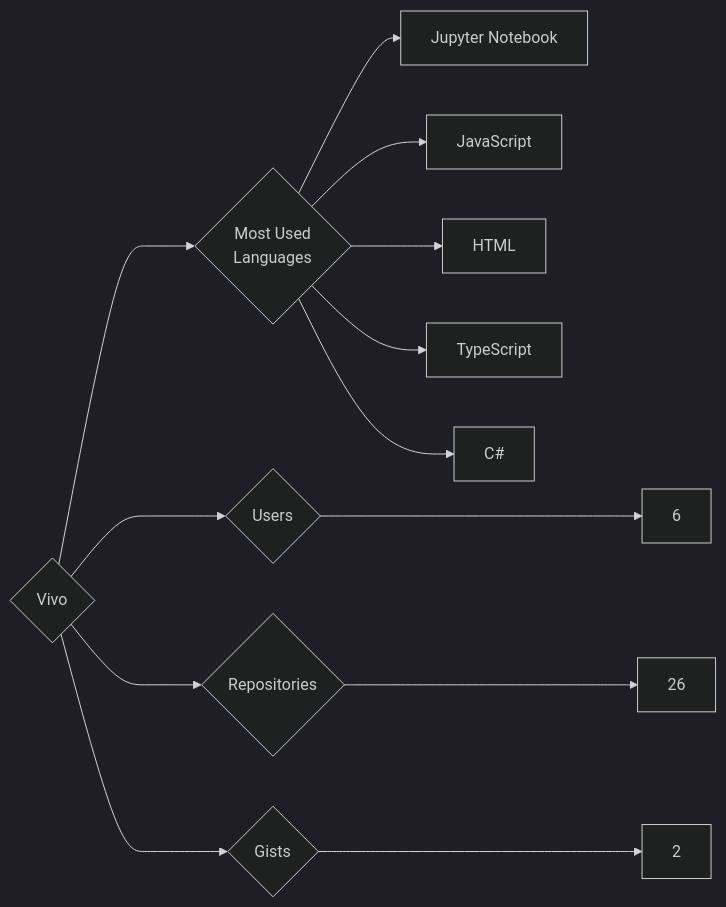
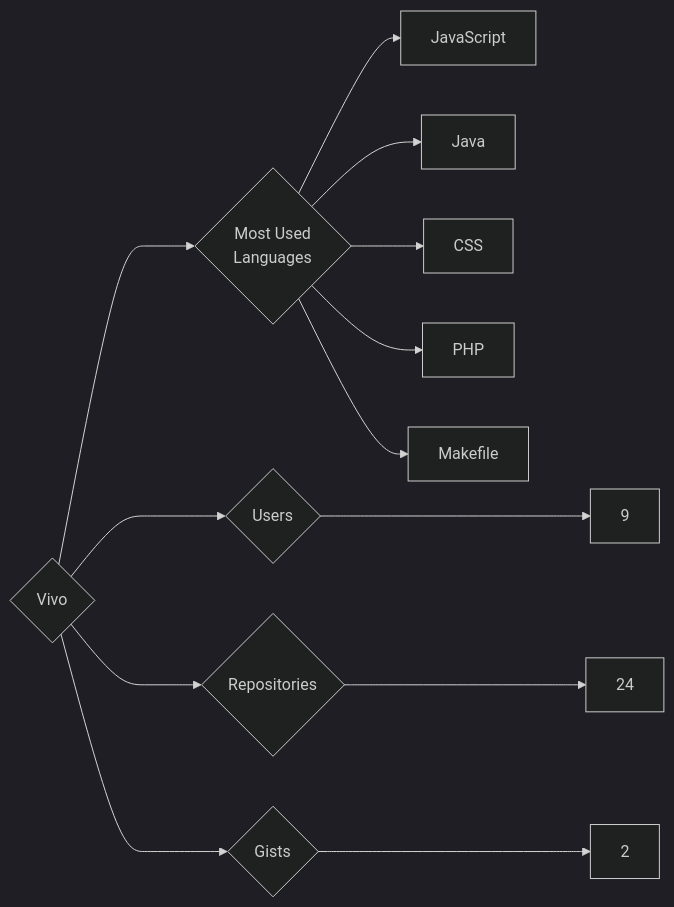
The diagram in targets/Vivo/README.md (trickest/insiders), drawn with Mermaid (dark theme) before and after one commit. The commit also changed 1479 other files, not shown here.

````diff
--- a/targets/Vivo/README.md
+++ b/targets/Vivo/README.md
@@ -3,13 +3,13 @@
 ```mermaid
 graph LR
 COMPANY_NAME{Vivo}
-COMPANY_NAME ---> U{Users} ---> UN[6]
-COMPANY_NAME ---> R{Repositories} ---> RN[26]
+COMPANY_NAME ---> U{Users} ---> UN[9]
+COMPANY_NAME ---> R{Repositories} ---> RN[24]
 COMPANY_NAME ---> G{Gists} ---> GN[2]
 COMPANY_NAME ---> ML{Most Used<br>Languages}
-ML --> Jupyter_Notebook[Jupyter Notebook]
 ML --> JavaScript[JavaScript]
-ML --> HTML[HTML]
-ML --> TypeScript[TypeScript]
-ML --> C#[C#]
+ML --> Java[Java]
+ML --> CSS[CSS]
+ML --> PHP[PHP]
+ML --> Makefile[Makefile]
 ```
````
